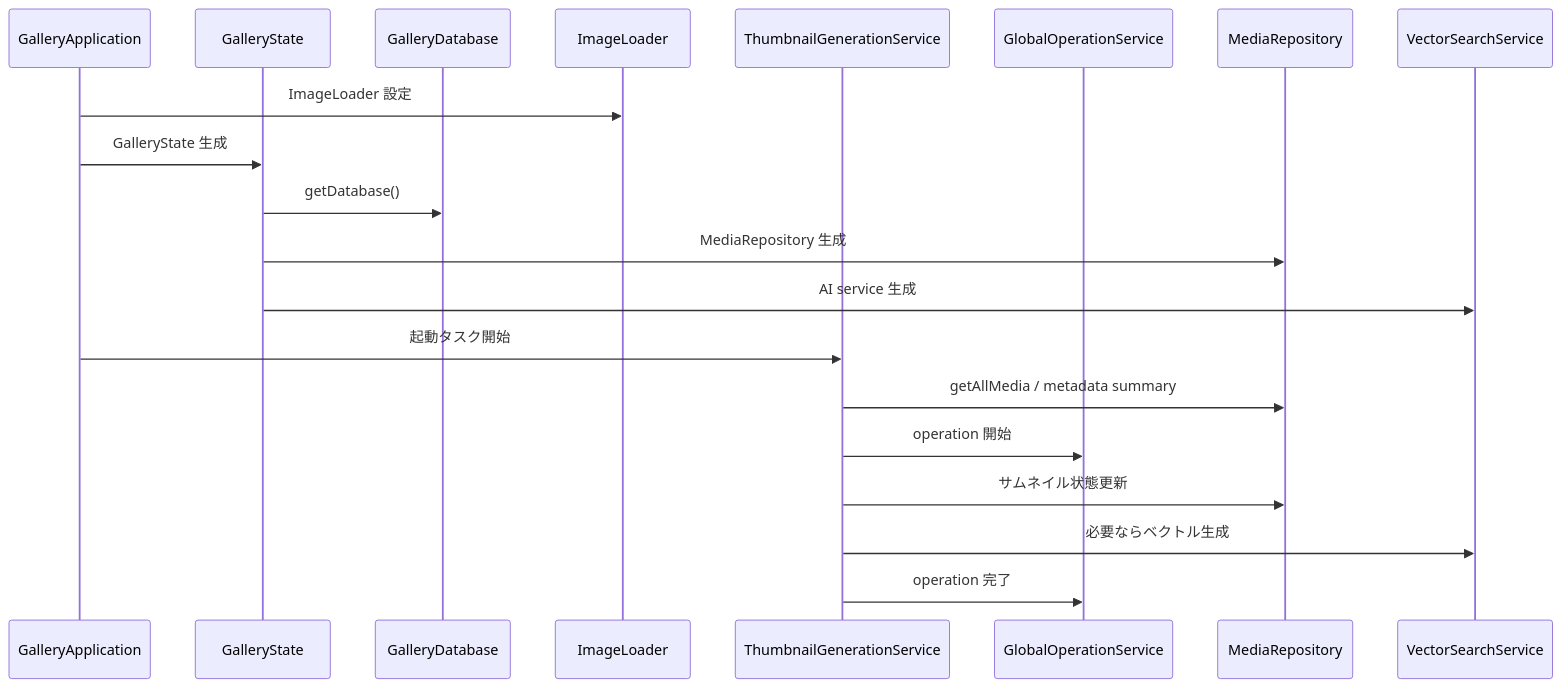
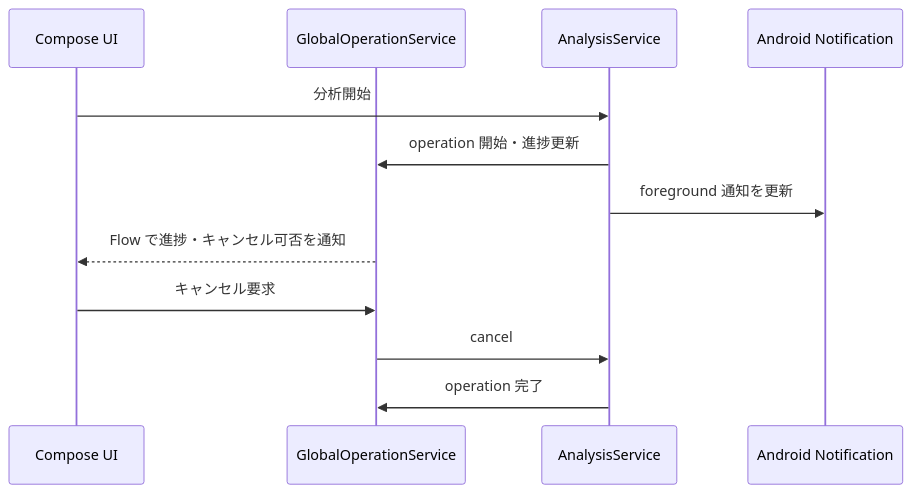
One commit to Ksan1333/Gallery changed the diagram in docs/detail_design/10_shared_services.md. Above: the diagram before and after it, drawn with Mermaid. The commit also changed other lines of this file and 46 other files, not shown here.

````diff
--- a/docs/detail_design/10_shared_services.md
+++ b/docs/detail_design/10_shared_services.md
@@ -139,23 +25,15 @@
 ```mermaid
 sequenceDiagram
-    participant App as GalleryApplication
-    participant State as GalleryState
-    participant DB as GalleryDatabase
-    participant Coil as ImageLoader
-    participant Thumb as ThumbnailGenerationService
+    participant UI as Compose UI
     participant Global as GlobalOperationService
-    participant Repo as MediaRepository
-    participant AI as VectorSearchService
+    participant Service as AnalysisService
+    participant Notify as Android Notification
 
-    App->>Coil: ImageLoader 設定
-    App->>State: GalleryState 生成
-    State->>DB: getDatabase()
-    State->>Repo: MediaRepository 生成
-    State->>AI: AI service 生成
-    App->>Thumb: 起動タスク開始
-    Thumb->>Repo: getAllMedia / metadata summary
-    Thumb->>Global: operation 開始
-    Thumb->>Repo: サムネイル状態更新
-    Thumb->>AI: 必要ならベクトル生成
-    Thumb->>Global: operation 完了
+    UI->>Service: 分析開始
+    Service->>Global: operation 開始・進捗更新
+    Service->>Notify: foreground 通知を更新
+    Global-->>UI: Flow で進捗・キャンセル可否を通知
+    UI->>Global: キャンセル要求
+    Global->>Service: cancel
+    Service->>Global: operation 完了
 ```
````
